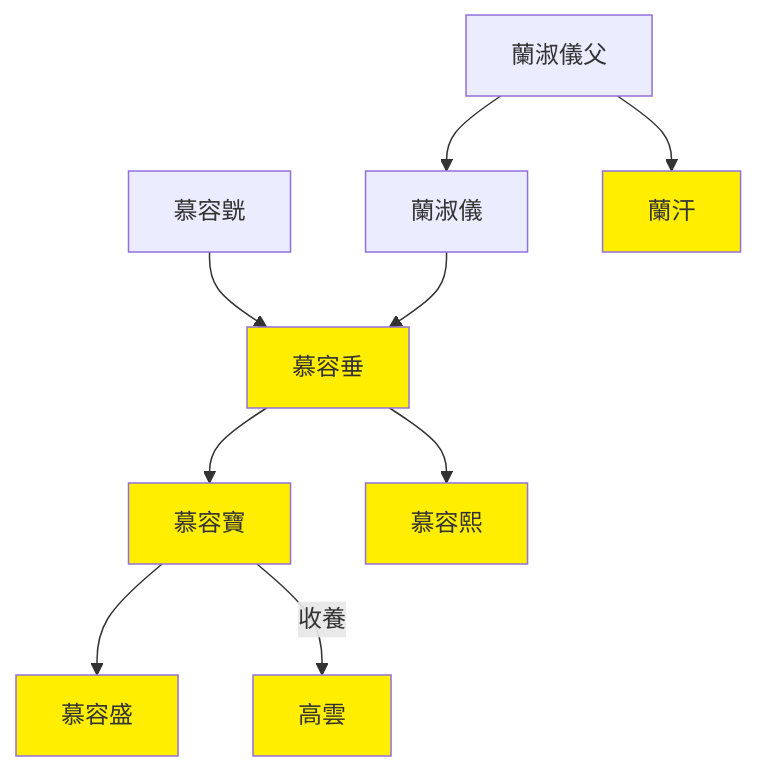
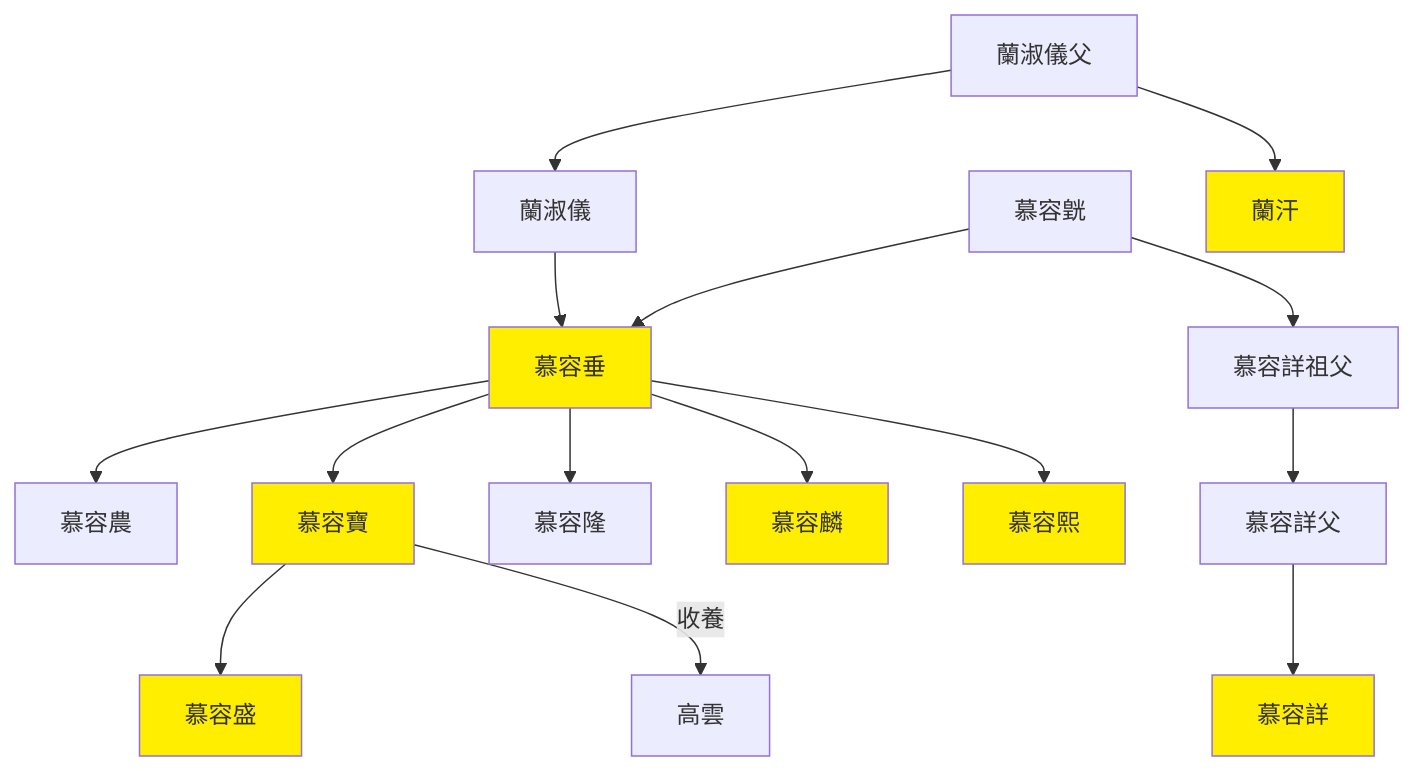
Before and after one commit to gamefang/zizhitongjian: the diagram in 2_世系圖表/2.2_并立政權/晉/十六國/後燕世系圖表.md, drawn with Mermaid. The commit also changed other lines of this file and 8 other files, not shown here.

````diff
--- a/2_世系圖表/2.2_并立政權/晉/十六國/後燕世系圖表.md
+++ b/2_世系圖表/2.2_并立政權/晉/十六國/後燕世系圖表.md
@@ -14,18 +20,25 @@
 ```mermaid
 graph TB
 
 慕容皝-->慕容垂
 蘭淑儀-->慕容垂
 
+蘭淑儀父-->蘭淑儀
+蘭淑儀父-->蘭汗
+
+慕容垂-->慕容農
+
 慕容垂-->慕容寶
 慕容寶-->慕容盛
 慕容寶--收養-->高雲
 
+慕容垂-->慕容隆
+慕容垂-->慕容麟
+
 慕容垂-->慕容熙
 
-蘭淑儀父-->蘭淑儀
-蘭淑儀父-->蘭汗
+慕容皝-->慕容詳祖父-->慕容詳父-->慕容詳
 
 classDef king fill:#ffee00
-class 慕容垂,慕容寶,蘭汗,慕容盛,慕容熙,高雲 king
+class 慕容垂,慕容寶,慕容詳,慕容麟,蘭汗,慕容盛,慕容熙 king
 ```
````
